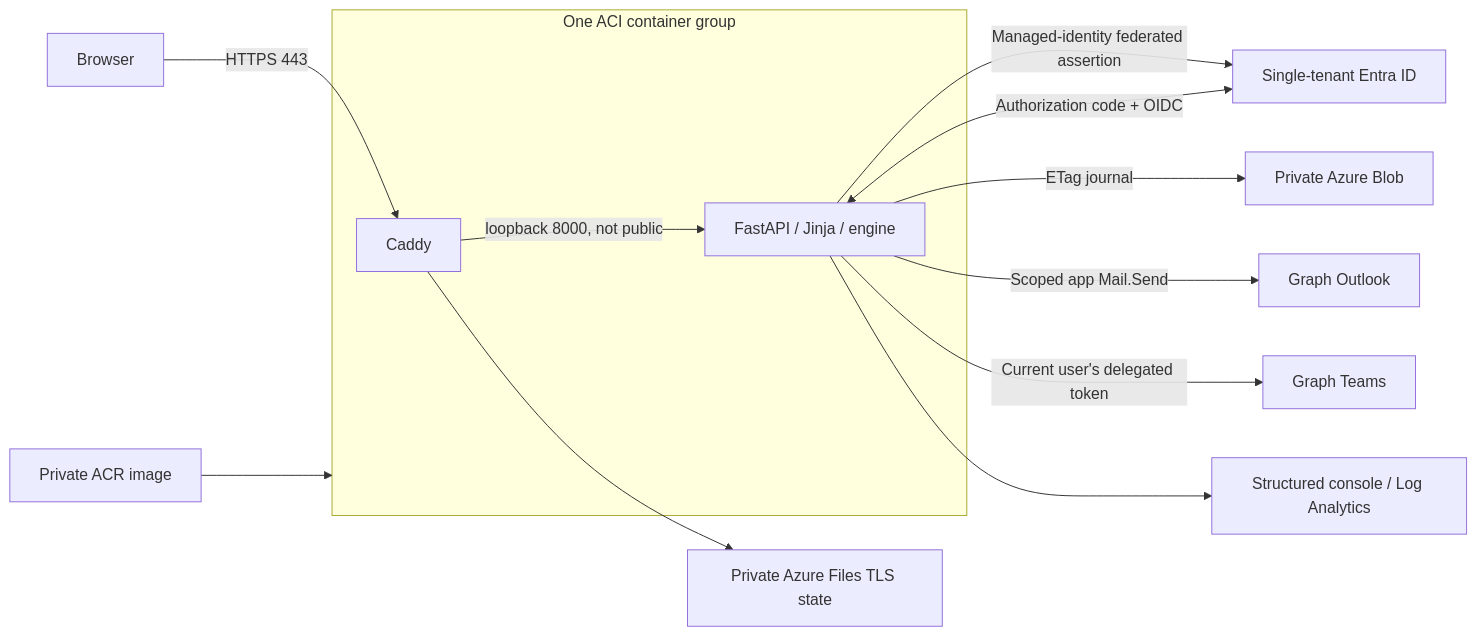
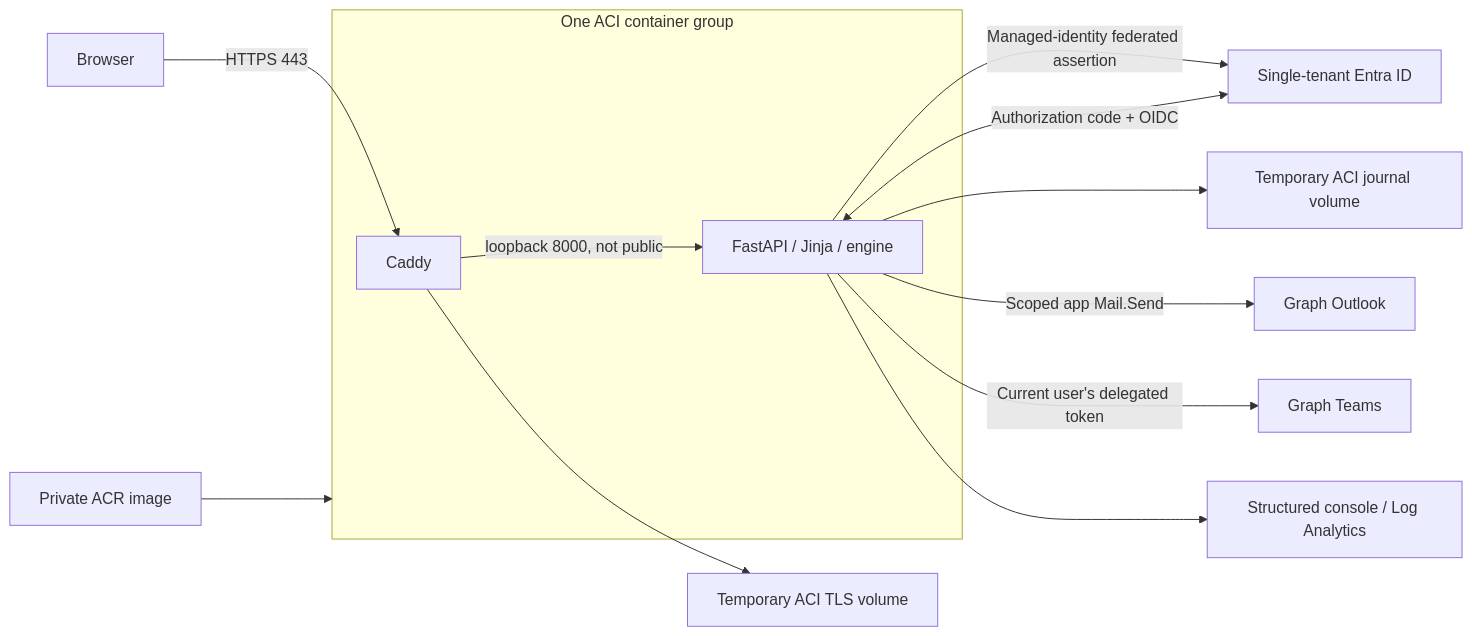
Before and after one commit to koenraadhaedens/azd-importer-teams-outlook-demodata: the diagram in README.md, drawn with Mermaid. The commit also changed other lines of this file and 18 other files, not shown here.

First line of the commit message:
Refactor ACI deployment to use temporary emptyDir volumes for journal and Caddy certificates

````diff
--- a/README.md
+++ b/README.md
@@ -15,15 +15,15 @@
 ```mermaid
 flowchart LR
     Browser -->|HTTPS 443| Caddy
     Entra[Single-tenant Entra ID] <-->|Authorization code + OIDC| App
     subgraph ACI[One ACI container group]
       Caddy -->|loopback 8000, not public| App[FastAPI / Jinja / engine]
     end
-    Caddy --> Certs[Private Azure Files TLS state]
+    Caddy --> Certs[Temporary ACI TLS volume]
     App -->|Managed-identity federated assertion| Entra
-    App -->|ETag journal| Blob[Private Azure Blob]
+    App --> Journal[Temporary ACI journal volume]
     App -->|Scoped app Mail.Send| Mail[Graph Outlook]
     App -->|Current user's delegated token| Teams[Graph Teams]
     App --> Logs[Structured console / Log Analytics]
     ACR[Private ACR image] --> ACI
 ```
````
